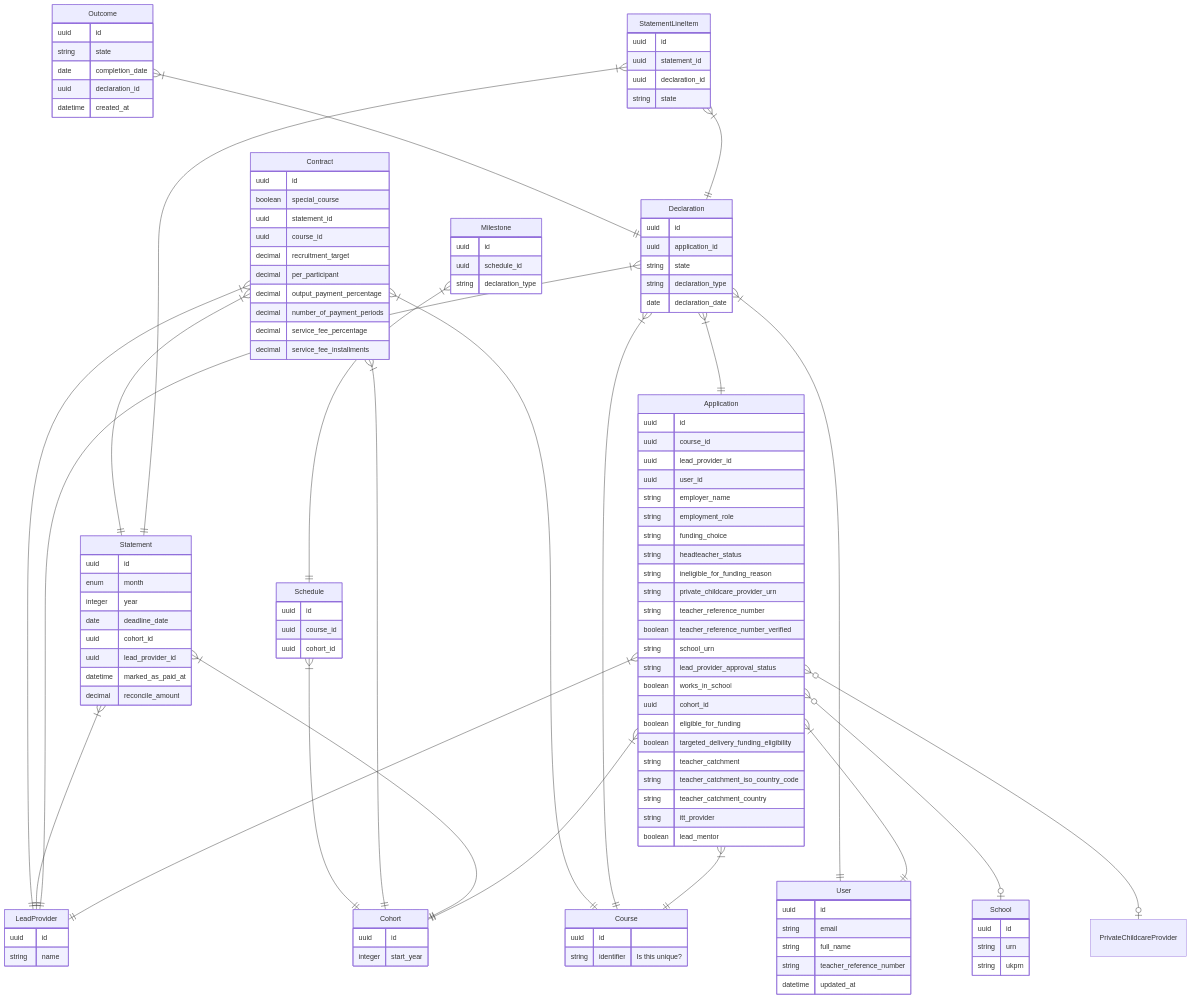
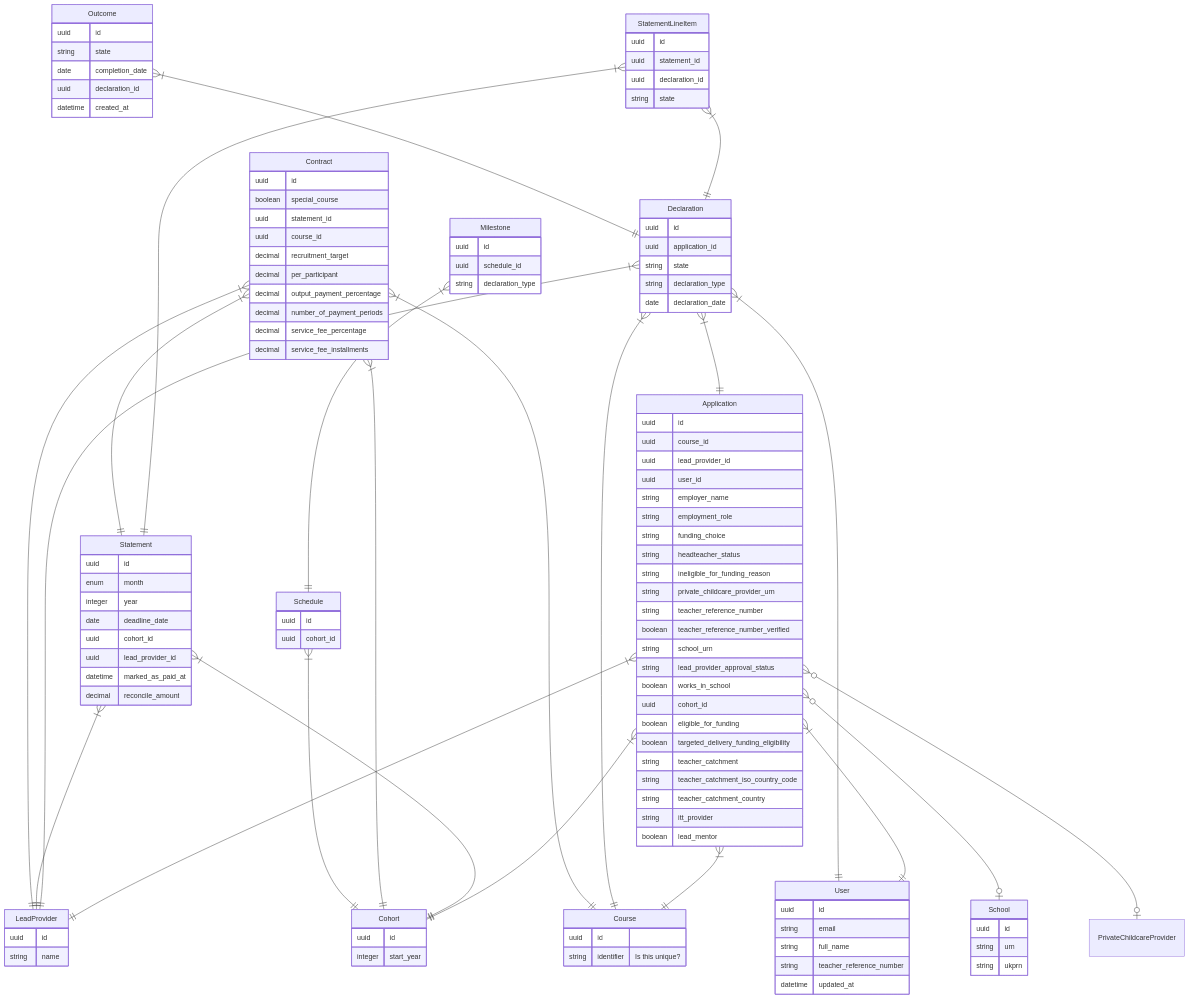
One commit to DFE-Digital/npq-separation changed the second of 4 diagrams in data-modelling.md. Above: the diagram before and after it, drawn with Mermaid.

Commit message:
Remove course_id from Schedule

```diff
--- a/data-modelling.md
+++ b/data-modelling.md
@@ -167,7 +167,6 @@
 
     Schedule {
         uuid id
-        uuid course_id
         uuid cohort_id
     }
 
```
